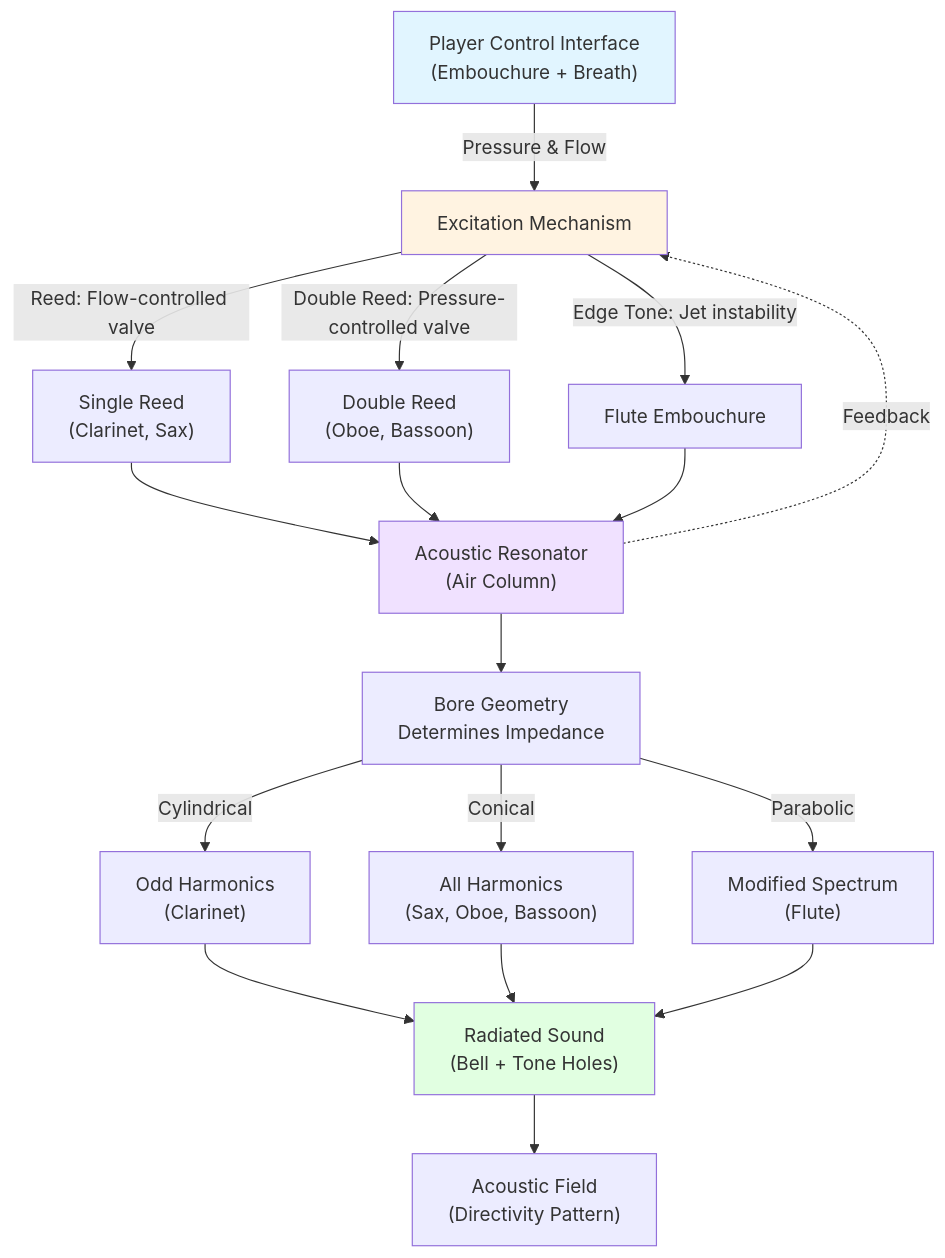
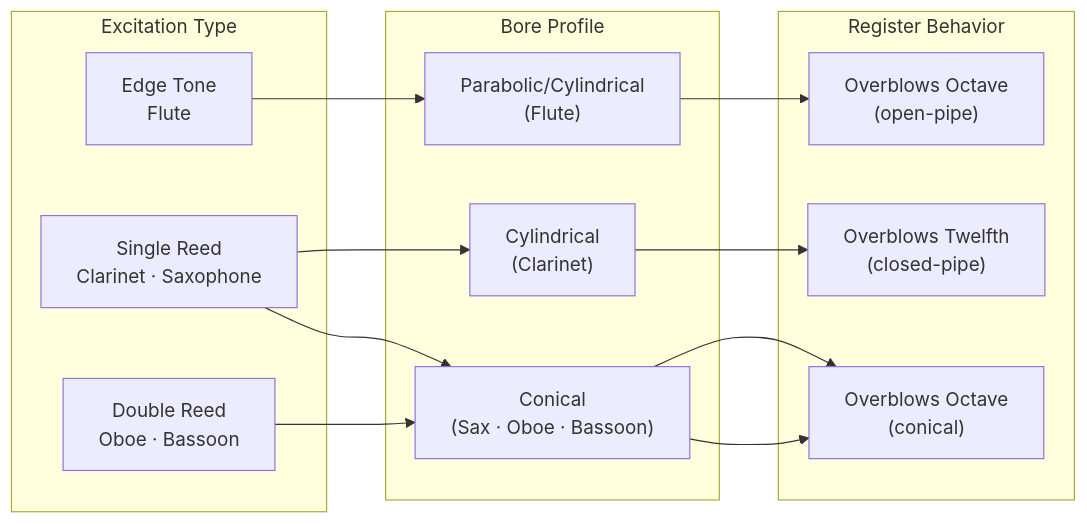
One commit to blebleblee/synapse changed the first of 3 diagrams in topics/arts/music_performance/woodwinds/labs.md. Above: the diagram before and after it, drawn with Mermaid. The commit also changed other lines of this file and 4 other files, not shown here.

````diff
--- a/topics/arts/music_performance/woodwinds/labs.md
+++ b/topics/arts/music_performance/woodwinds/labs.md
@@ -268,29 +9,25 @@
 ```mermaid
-graph TB
-    A["Player Control Interface<br/>(Embouchure + Breath)"] -->|"Pressure & Flow"| B["Excitation Mechanism"]
-    B -->|"Reed: Flow-controlled valve"| C["Single Reed<br/>(Clarinet, Sax)"]
-    B -->|"Double Reed: Pressure-controlled valve"| D["Double Reed<br/>(Oboe, Bassoon)"]
-    B -->|"Edge Tone: Jet instability"| E["Flute Embouchure"]
-    
-    C --> F["Acoustic Resonator<br/>(Air Column)"]
-    D --> F
-    E --> F
-    
-    F --> G["Bore Geometry<br/>Determines Impedance"]
-    G -->|"Cylindrical"| H["Odd Harmonics<br/>(Clarinet)"]
-    G -->|"Conical"| I["All Harmonics<br/>(Sax, Oboe, Bassoon)"]
-    G -->|"Parabolic"| J["Modified Spectrum<br/>(Flute)"]
-    
-    H --> K["Radiated Sound<br/>(Bell + Tone Holes)"]
-    I --> K
-    J --> K
-    
-    K --> L["Acoustic Field<br/>(Directivity Pattern)"]
-    
-    F -.->|"Feedback"| B
-    
-    style A fill:#e1f5ff
-    style B fill:#fff3e1
-    style F fill:#f0e1ff
-    style K fill:#e1ffe1
+graph LR
+    subgraph sub_excitation ["Excitation Type"]
+        A["Edge Tone<br/>Flute"]
+        B["Single Reed<br/>Clarinet · Saxophone"]
+        C["Double Reed<br/>Oboe · Bassoon"]
+    end
+
+    subgraph sub_bore ["Bore Profile"]
+        D["Parabolic/Cylindrical<br/>(Flute)"]
+        E["Cylindrical<br/>(Clarinet)"]
+        F["Conical<br/>(Sax · Oboe · Bassoon)"]
+    end
+
+    subgraph sub_register ["Register Behavior"]
+        G["Overblows Octave<br/>(open-pipe)"]
+        H["Overblows Twelfth<br/>(closed-pipe)"]
+        I["Overblows Octave<br/>(conical)"]
+    end
+
+    A --> D --> G
+    B --> E --> H
+    B --> F --> I
+    C --> F --> I
 ```
````
